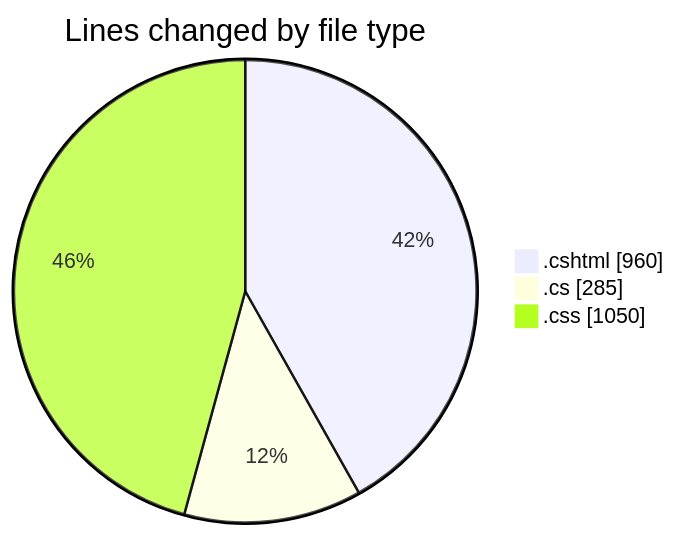
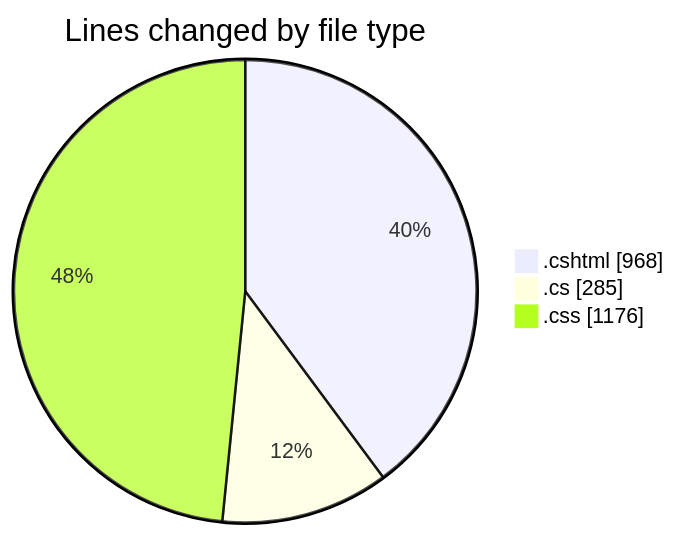
The first of 2 diagrams in 2025-07-18/nhahang/README.md (lephambinh05/code-tracking), drawn with Mermaid before and after one commit. The commit also changed other lines of this file and 1 other file, not shown here.

````diff
--- a/2025-07-18/nhahang/README.md
+++ b/2025-07-18/nhahang/README.md
@@ -37,7 +37,7 @@
 ```mermaid
 pie showData
 title Lines changed by file type
-".cshtml" : 960
+".cshtml" : 968
 ".cs" : 285
-".css" : 1050
+".css" : 1176
 ```
````
